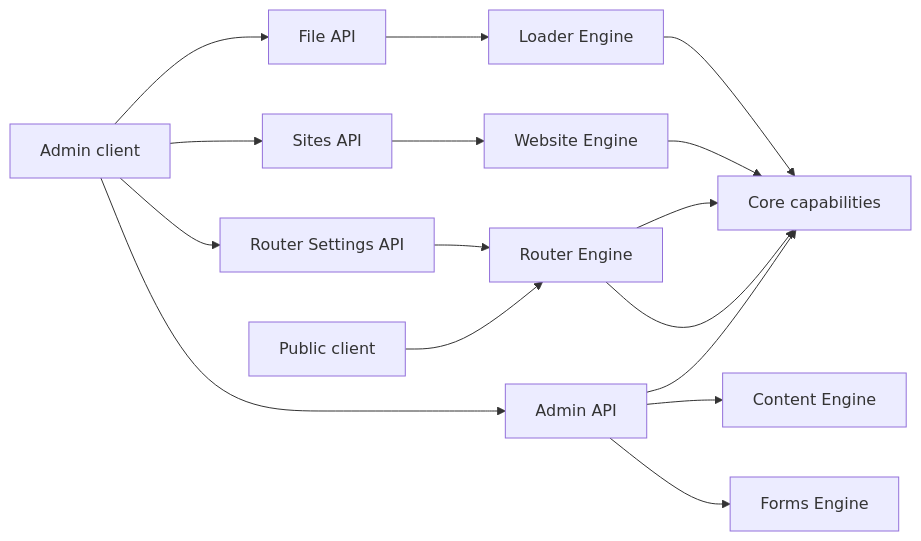
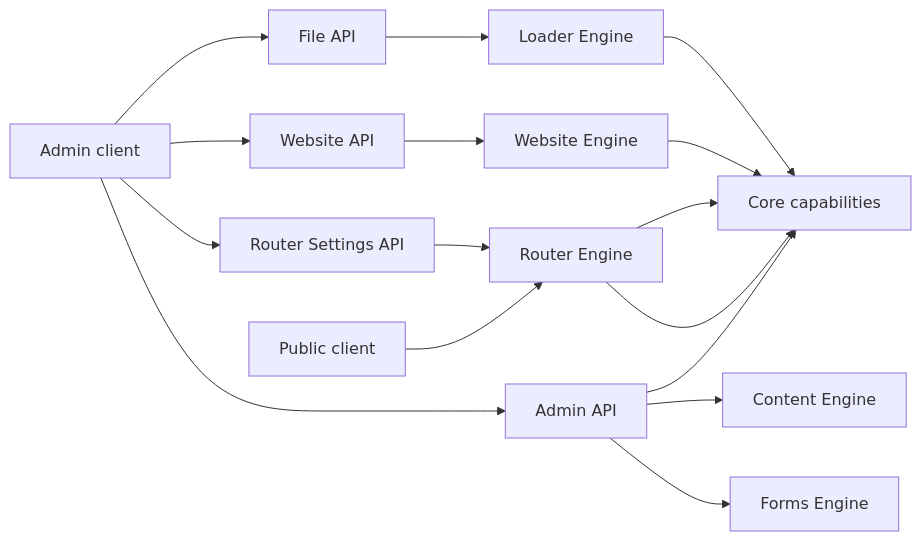
One commit to Zubrium/cdn changed the diagram in spec/architecture/SPEC-engine-apis.md. Above: the diagram before and after it, drawn with Mermaid. The commit also changed other lines of this file and 91 other files, not shown here.

````diff
--- a/spec/architecture/SPEC-engine-apis.md
+++ b/spec/architecture/SPEC-engine-apis.md
@@ -34,23 +34,23 @@
 ```mermaid
 flowchart LR
     Client[Admin client]
     FileAPI[File API]
-    SitesAPI[Sites API]
+    WebsiteAPI[Website API]
     RouterSettings[Router Settings API]
     AdminAPI[Admin API]
     Loader[Loader Engine]
     Website[Website Engine]
     Router[Router Engine]
     Content[Content Engine]
     Forms[Forms Engine]
     Core[Core capabilities]
     Visitor[Public client]
 
     Client --> FileAPI --> Loader --> Core
-    Client --> SitesAPI --> Website --> Core
+    Client --> WebsiteAPI --> Website --> Core
     Client --> RouterSettings --> Router --> Core
     Client --> AdminAPI --> Core
     AdminAPI --> Content
     AdminAPI --> Forms
     Visitor --> Router --> Core
 ```
````
